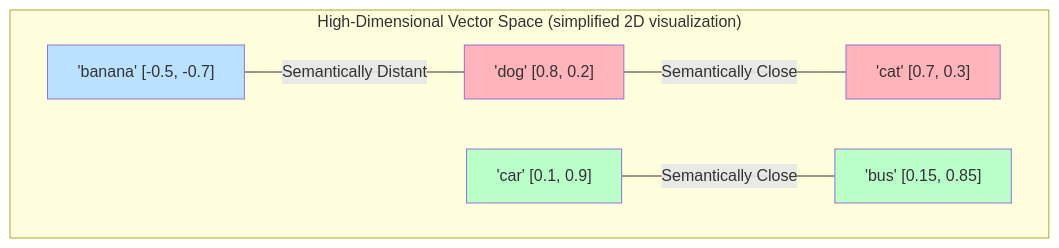
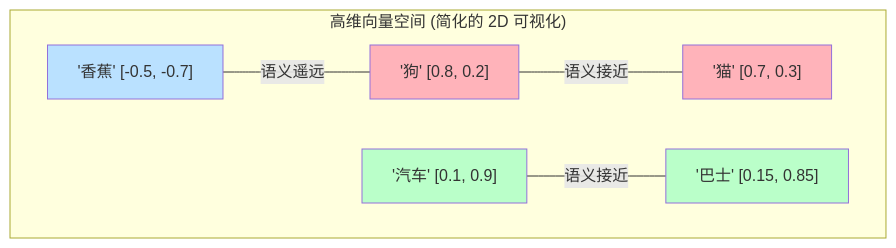
One commit to YiWang24/AiDIY changed the seventh of 15 diagrams in i18n/zh-Hans/docusaurus-plugin-content-docs/current/ai/rag/01-introduction.mdx. Above: the diagram before and after it, drawn with Mermaid. The commit also changed other lines of this file and 59 other files, not shown here.

````diff
--- a/i18n/zh-Hans/docusaurus-plugin-content-docs/current/ai/rag/01-introduction.mdx
+++ b/i18n/zh-Hans/docusaurus-plugin-content-docs/current/ai/rag/01-introduction.mdx
@@ -414,20 +414,20 @@
 ```mermaid
 graph TB
-    subgraph VectorSpace["High-Dimensional Vector Space (simplified 2D visualization)"]
-        A["'dog' [0.8, 0.2]"]
-        B["'cat' [0.7, 0.3]"]
-        C["'car' [0.1, 0.9]"]
-        D["'bus' [0.15, 0.85]"]
-        E["'banana' [-0.5, -0.7]"]
+    subgraph VectorSpace["高维向量空间 (简化的 2D 可视化)"]
+        A["'狗' [0.8, 0.2]"]
+        B["'猫' [0.7, 0.3]"]
+        C["'汽车' [0.1, 0.9]"]
+        D["'巴士' [0.15, 0.85]"]
+        E["'香蕉' [-0.5, -0.7]"]
 
-        A ---|"Semantically Close"| B
-        C ---|"Semantically Close"| D
-        E ---|"Semantically Distant"| A
+        A ---|"语义接近"| B
+        C ---|"语义接近"| D
+        E ---|"语义遥远"| A
     end
 
     style A fill:#ffb3ba
     style B fill:#ffb3ba
     style C fill:#baffc9
     style D fill:#baffc9
     style E fill:#bae1ff
 ```
````
